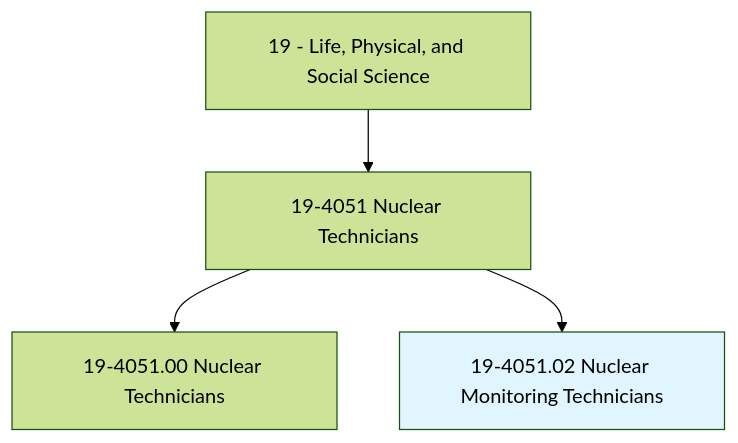
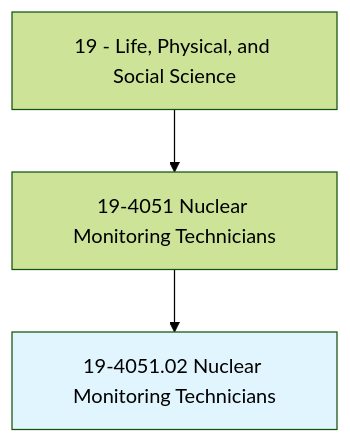
Before and after one commit to kziemski/business.org.ai: the first of 4 diagrams in occupations/Science/NuclearMonitoringTechnicians.mdx, drawn with Mermaid (forest theme). The commit also changed other lines of this file and 938 other files, not shown here.

````diff
--- a/occupations/Science/NuclearMonitoringTechnicians.mdx
+++ b/occupations/Science/NuclearMonitoringTechnicians.mdx
@@ -19,7 +23,6 @@
 ```mermaid
 graph TD
-    Cat19["19 - Life, Physical, and Social Science"] --> Group194051["19-4051 Nuclear Technicians"]
-    Group194051 --> Base["19-4051.00 Nuclear Technicians"]
+    Cat19["19 - Life, Physical, and Social Science"] --> Group194051["19-4051 Nuclear Monitoring Technicians"]
     Group194051 --> Current["19-4051.02 Nuclear Monitoring Technicians"]
     style Current fill:#e1f5fe
 ```
````
